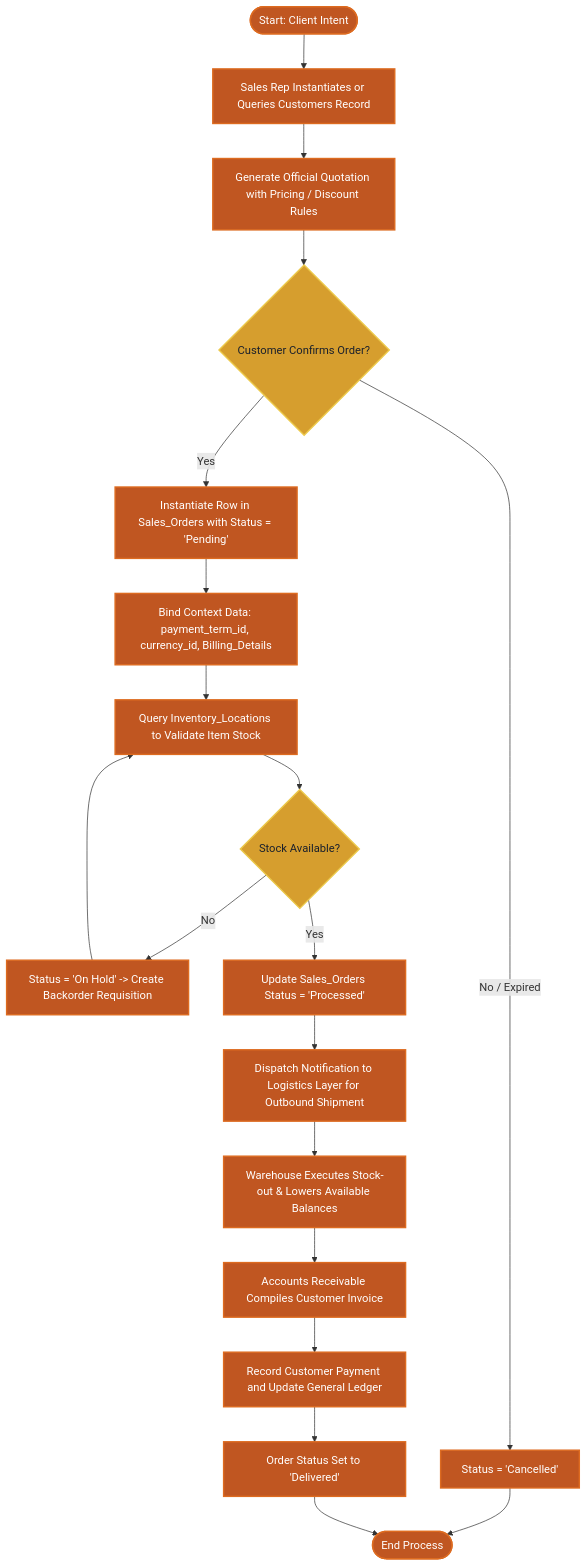
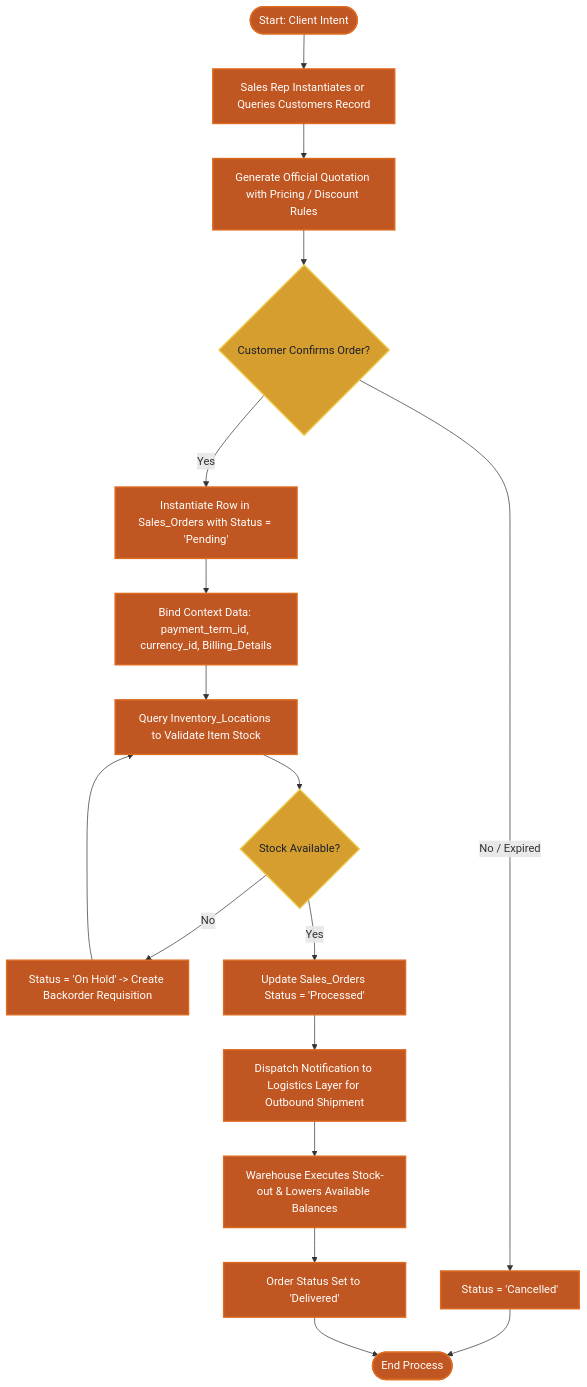
The third of 4 diagrams in docs/blueprints/functional_workflows.md (CardboardB0X/AmbatuGrow-RBAC), drawn with Mermaid before and after one commit. The commit also changed other lines of this file and 7 other files, not shown here.

````diff
--- a/docs/blueprints/functional_workflows.md
+++ b/docs/blueprints/functional_workflows.md
@@ -98,27 +92,25 @@
 ```mermaid
 flowchart TD
     %% Styling
     classDef sales fill:#c05621,stroke:#dd6b20,stroke-width:2px,color:#fff;
     classDef decision fill:#d69e2e,stroke:#ecc94b,stroke-width:2px,color:#1a202c;
 
     S1([Start: Client Intent]):::sales --> S2[Sales Rep Instantiates or Queries Customers Record]:::sales
     S2 --> S3[Generate Official Quotation with Pricing / Discount Rules]:::sales
     S3 --> S4{Customer Confirms Order?}:::decision
     
     S4 -->|No / Expired| S4Drop[Status = 'Cancelled']:::sales --> S15([End Process]):::sales
     S4 -->|Yes| S5[Instantiate Row in Sales_Orders with Status = 'Pending']:::sales
     
     S5 --> S6[Bind Context Data: payment_term_id, currency_id, Billing_Details]:::sales
     S6 --> S7[Query Inventory_Locations to Validate Item Stock]:::sales
     
     S7 --> S8{Stock Available?}:::decision
     S8 -->|No| S8Hold[Status = 'On Hold' -> Create Backorder Requisition]:::sales --> S7
     S8 -->|Yes| S9[Update Sales_Orders Status = 'Processed']:::sales
     
     S9 --> S10[Dispatch Notification to Logistics Layer for Outbound Shipment]:::sales
     S10 --> S11[Warehouse Executes Stock-out & Lowers Available Balances]:::sales
-    S11 --> S12[Accounts Receivable Compiles Customer Invoice]:::sales
-    S12 --> S13[Record Customer Payment and Update General Ledger]:::sales
-    S13 --> S14[Order Status Set to 'Delivered']:::sales
+    S11 --> S14[Order Status Set to 'Delivered']:::sales
     S14 --> S15([End Process]):::sales
 ```
````
